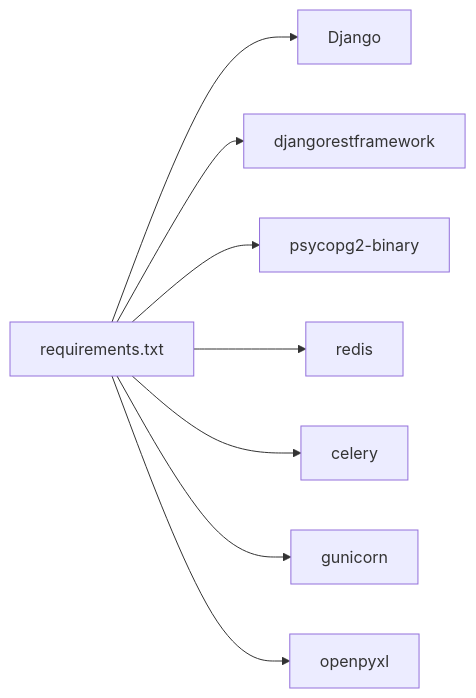
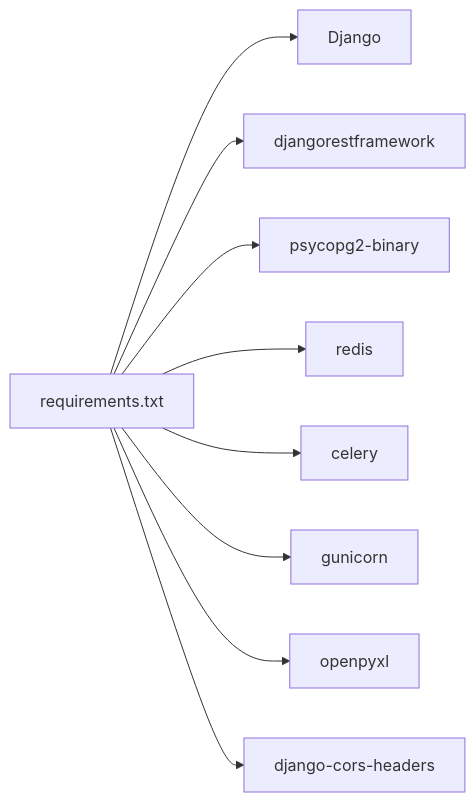
Before and after one commit to zyp-coder/Metadata: the third of 3 diagrams in .qoder/repowiki/zh/content/部署配置/Docker部署.md, drawn with Mermaid. The commit also changed other lines of this file and 54 other files, not shown here.

````diff
--- a/.qoder/repowiki/zh/content/部署配置/Docker部署.md
+++ b/.qoder/repowiki/zh/content/部署配置/Docker部署.md
@@ -185,18 +240,20 @@
 ```mermaid
 graph LR
 Req["requirements.txt"]
 Django["Django"]
 DRF["djangorestframework"]
 Psycopg["psycopg2-binary"]
 RedisPkg["redis"]
 Celery["celery"]
 Gunicorn["gunicorn"]
 Openpyxl["openpyxl"]
+CorsHeaders["django-cors-headers"]
 Req --> Django
 Req --> DRF
 Req --> Psycopg
 Req --> RedisPkg
 Req --> Celery
 Req --> Gunicorn
 Req --> Openpyxl
+Req --> CorsHeaders
 ```
````
